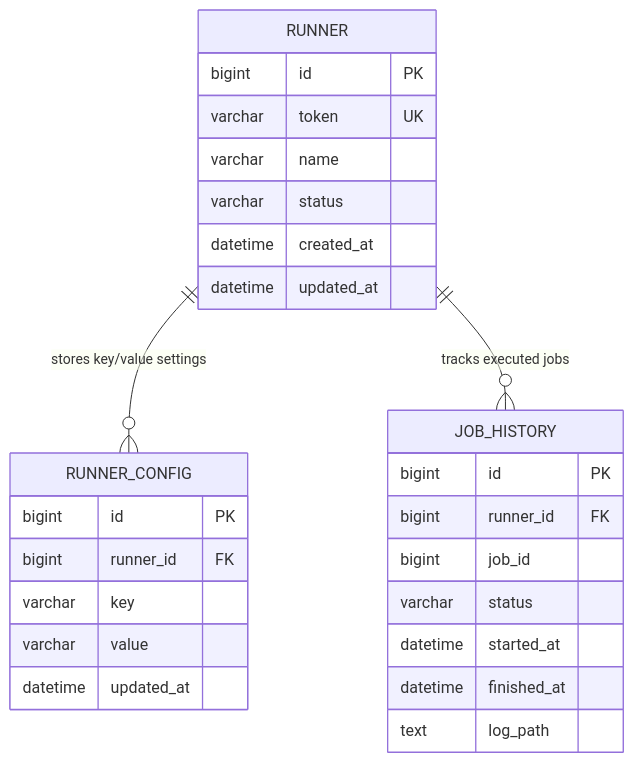
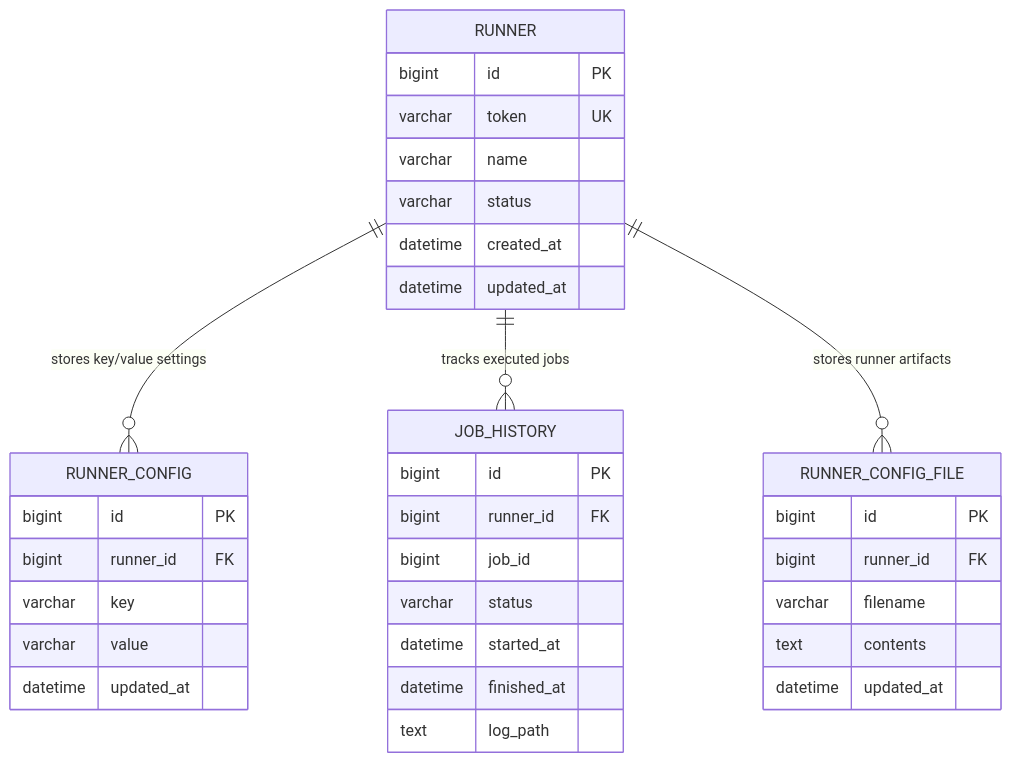
The diagram in data/ERD.md (jgitkins/jgitkins-runner), drawn with Mermaid before and after one commit. The commit also changed other lines of this file and 42 other files, not shown here.

````diff
--- a/data/ERD.md
+++ b/data/ERD.md
@@ -3,32 +3,41 @@
 ```mermaid
 erDiagram
     RUNNER {
         bigint id PK
         varchar token UK
         varchar name
         varchar status
         datetime created_at
         datetime updated_at
     }
 
     RUNNER_CONFIG {
         bigint id PK
         bigint runner_id FK
         varchar key
         varchar value
         datetime updated_at
     }
 
+    RUNNER_CONFIG_FILE {
+        bigint id PK
+        bigint runner_id FK
+        varchar filename
+        text contents
+        datetime updated_at
+    }
+
     JOB_HISTORY {
         bigint id PK
         bigint runner_id FK
         bigint job_id
         varchar status
         datetime started_at
         datetime finished_at
         text log_path
     }
 
     RUNNER ||--o{ RUNNER_CONFIG : "stores key/value settings"
     RUNNER ||--o{ JOB_HISTORY : "tracks executed jobs"
+    RUNNER ||--o{ RUNNER_CONFIG_FILE : "stores runner artifacts"
 ```
````
